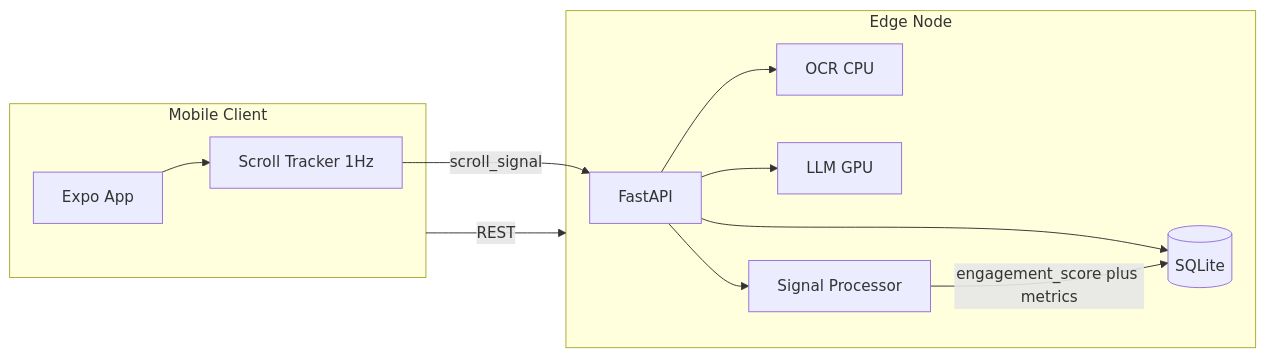
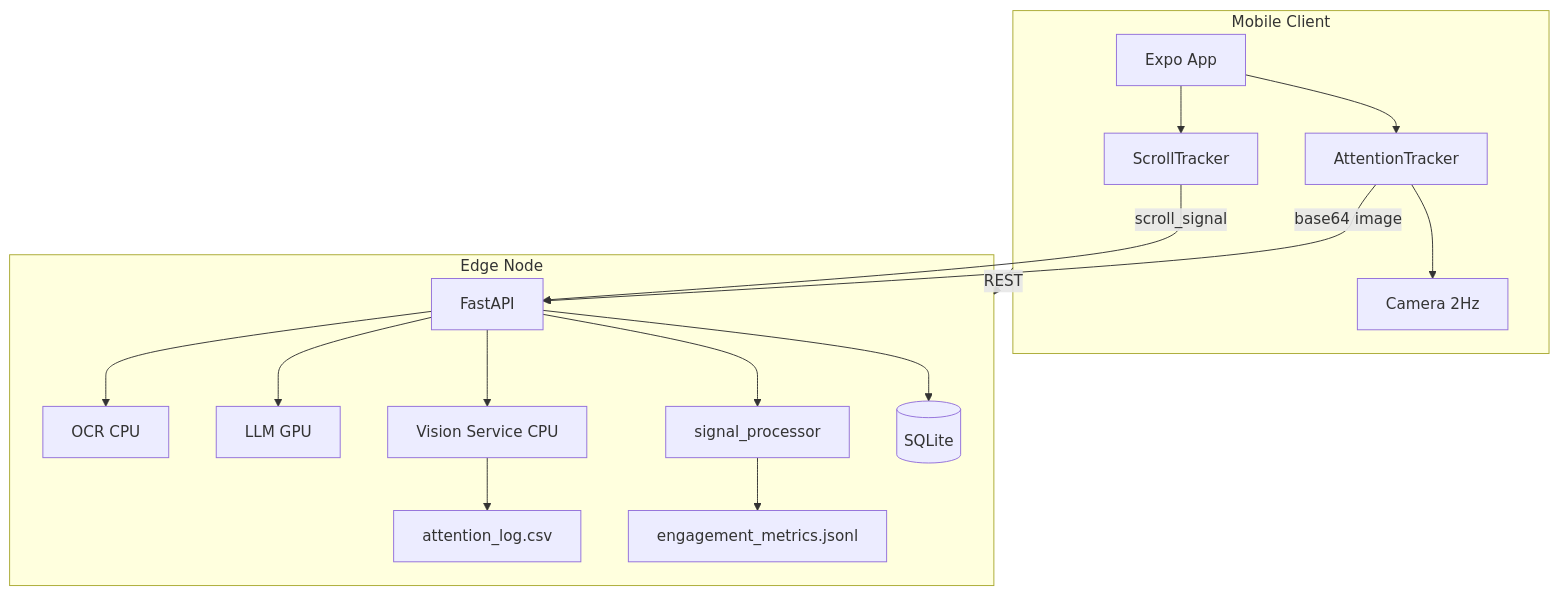
The diagram in docs/PROJECT_REPORT.md (Triplejw/EduSync), drawn with Mermaid before and after one commit. The commit also changed other lines of this file and 110 other files, not shown here.

````diff
--- a/docs/PROJECT_REPORT.md
+++ b/docs/PROJECT_REPORT.md
@@ -18,24 +23,34 @@
 ```mermaid
-flowchart LR
+flowchart TB
   subgraph client [Mobile Client]
     App[Expo App]
-    Scroll[Scroll Tracker 1Hz]
-    App --> Scroll
+    AT[AttentionTracker]
+    ST[ScrollTracker]
+    Cam[Camera 2Hz]
+    App --> AT
+    App --> ST
+    AT --> Cam
   end
 
   subgraph edge [Edge Node]
     API[FastAPI]
     OCR[OCR CPU]
     LLM[LLM GPU]
-    DSP[Signal Processor]
+    VS[Vision Service CPU]
+    SP[signal_processor]
     DB[(SQLite)]
+    AL[attention_log.csv]
+    EM[engagement_metrics.jsonl]
     API --> OCR
     API --> LLM
-    API --> DSP
+    API --> VS
+    API --> SP
     API --> DB
+    VS --> AL
+    SP --> EM
   end
 
   client -->|REST| edge
-  Scroll -->|scroll_signal| API
-  DSP -->|engagement_score plus metrics| DB
+  AT -->|base64 image| API
+  ST -->|scroll_signal| API
 ```
````
